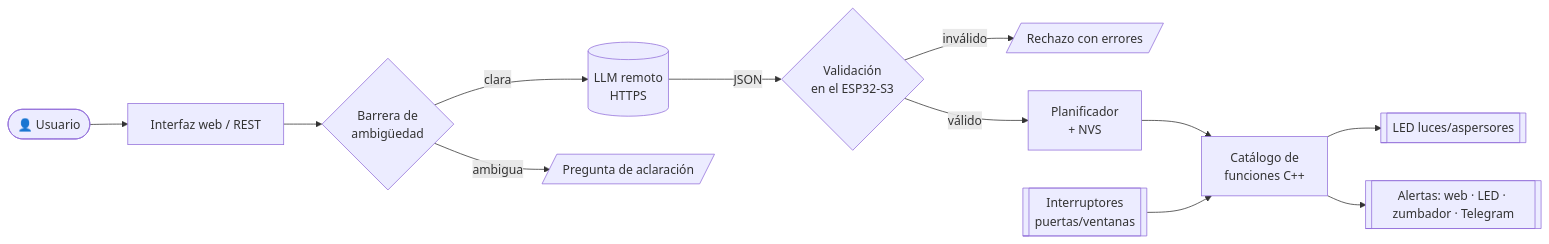
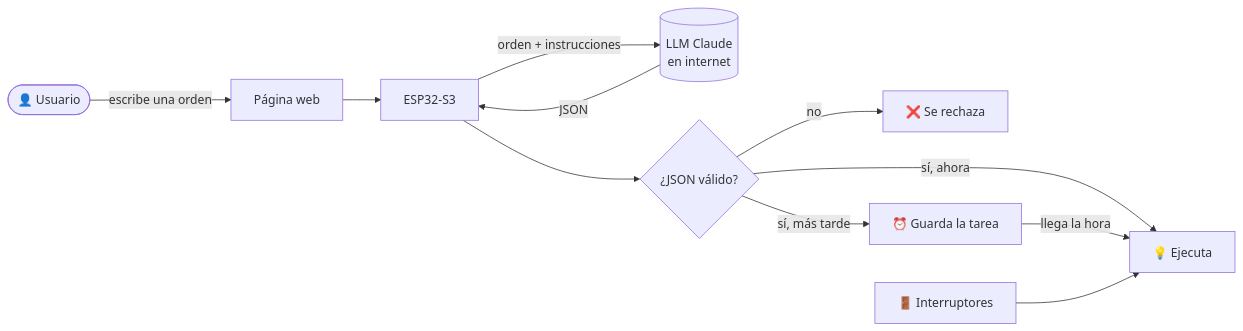
The diagram in README.md (MainRDSniper09/ESP32-IA), drawn with Mermaid before and after one commit. The commit also changed other lines of this file and 124 other files, not shown here.

````diff
--- a/README.md
+++ b/README.md
@@ -63,14 +49,13 @@
 ```mermaid
 flowchart LR
-    U([👤 Usuario]) --> UI[Interfaz web / REST]
-    UI --> G{Barrera de<br/>ambigüedad}
-    G -->|clara| LLM[(LLM remoto<br/>HTTPS)]
-    G -->|ambigua| Q[/Pregunta de aclaración/]
-    LLM -->|JSON| V{Validación<br/>en el ESP32-S3}
-    V -->|inválido| R[/Rechazo con errores/]
-    V -->|válido| P[Planificador<br/>+ NVS]
-    P --> F[Catálogo de<br/>funciones C++]
-    S[[Interruptores<br/>puertas/ventanas]] --> F
-    F --> L[[LED luces/aspersores]]
-    F --> N[[Alertas: web · LED · zumbador · Telegram]]
+    A([👤 Usuario]) -->|escribe una orden| B[Página web]
+    B --> C[ESP32-S3]
+    C -->|orden + instrucciones| D[(LLM Claude<br/>en internet)]
+    D -->|JSON| C
+    C --> E{¿JSON válido?}
+    E -->|no| F[❌ Se rechaza]
+    E -->|sí, ahora| G[💡 Ejecuta]
+    E -->|sí, más tarde| H[⏰ Guarda la tarea]
+    H -->|llega la hora| G
+    I[🚪 Interruptores] --> G
 ```
````
